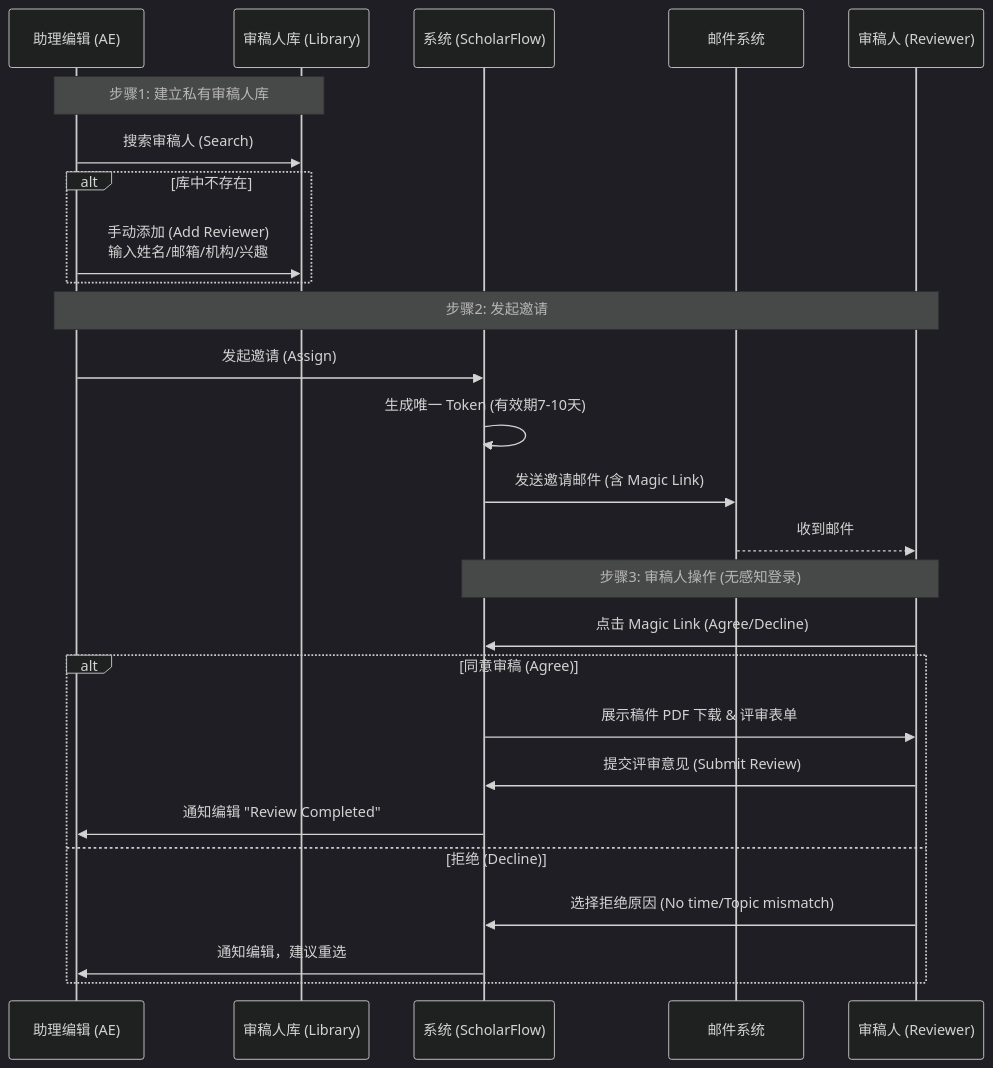
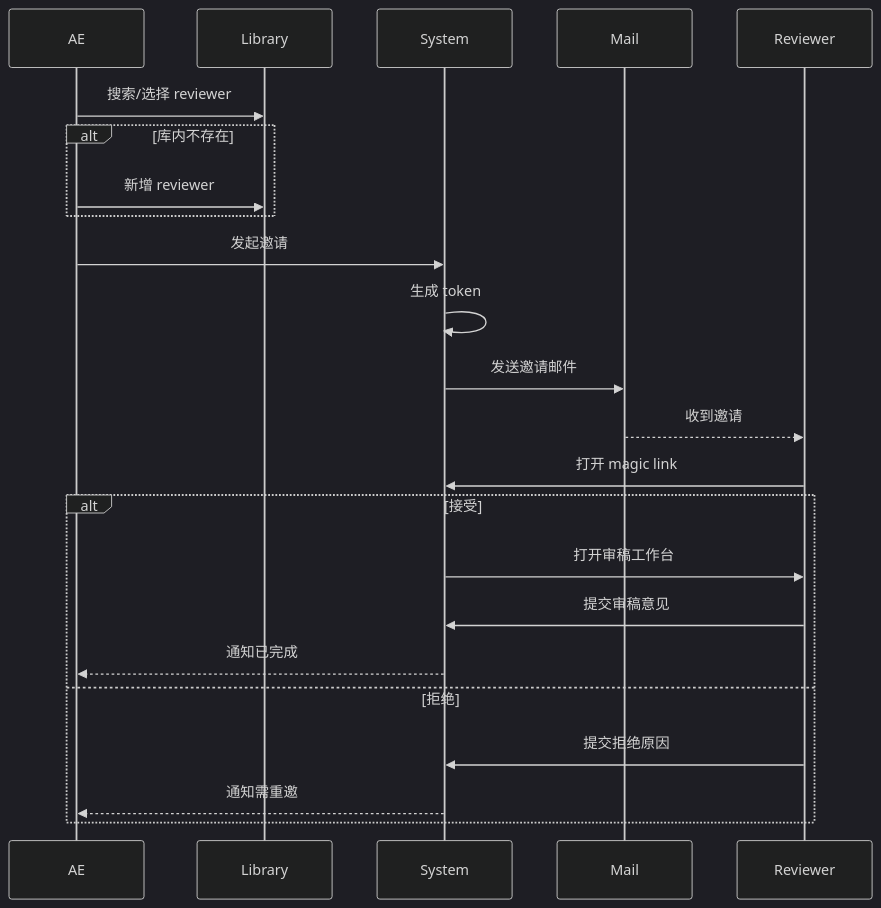
The diagram in docs/seq_invite_v3.mmd (LouisLau-art/scholar-flow), drawn with Mermaid (dark theme) before and after one commit. The commit also changed 8 other files, not shown here.

Commit message:
docs: refine v3 pdf layout and readability after manual review

```diff
--- a/docs/seq_invite_v3.mmd
+++ b/docs/seq_invite_v3.mmd
@@ -1,30 +1,26 @@
 sequenceDiagram
-    participant AE as 助理编辑 (AE)
-    participant Lib as 审稿人库 (Library)
-    participant Sys as 系统 (ScholarFlow)
-    participant Mail as 邮件系统
-    participant Rev as 审稿人 (Reviewer)
+    participant AE as AE
+    participant Lib as Library
+    participant Sys as System
+    participant Mail as Mail
+    participant Rev as Reviewer
 
-    Note over AE, Lib: 步骤1: 建立私有审稿人库
-    AE->>Lib: 搜索审稿人 (Search)
-    alt 库中不存在
-        AE->>Lib: 手动添加 (Add Reviewer)<br/>输入姓名/邮箱/机构/兴趣
+    AE->>Lib: 搜索/选择 reviewer
+    alt 库内不存在
+      AE->>Lib: 新增 reviewer
     end
-    
-    Note over AE, Rev: 步骤2: 发起邀请
-    AE->>Sys: 发起邀请 (Assign)
-    Sys->>Sys: 生成唯一 Token (有效期7-10天)
-    Sys->>Mail: 发送邀请邮件 (含 Magic Link)
-    Mail-->>Rev: 收到邮件
-    
-    Note over Rev, Sys: 步骤3: 审稿人操作 (无感知登录)
-    Rev->>Sys: 点击 Magic Link (Agree/Decline)
-    
-    alt 同意审稿 (Agree)
-        Sys->>Rev: 展示稿件 PDF 下载 & 评审表单
-        Rev->>Sys: 提交评审意见 (Submit Review)
-        Sys->>AE: 通知编辑 "Review Completed"
-    else 拒绝 (Decline)
-        Rev->>Sys: 选择拒绝原因 (No time/Topic mismatch)
-        Sys->>AE: 通知编辑，建议重选
+
+    AE->>Sys: 发起邀请
+    Sys->>Sys: 生成 token
+    Sys->>Mail: 发送邀请邮件
+    Mail-->>Rev: 收到邀请
+
+    Rev->>Sys: 打开 magic link
+    alt 接受
+      Sys->>Rev: 打开审稿工作台
+      Rev->>Sys: 提交审稿意见
+      Sys-->>AE: 通知已完成
+    else 拒绝
+      Rev->>Sys: 提交拒绝原因
+      Sys-->>AE: 通知需重邀
     end
```
